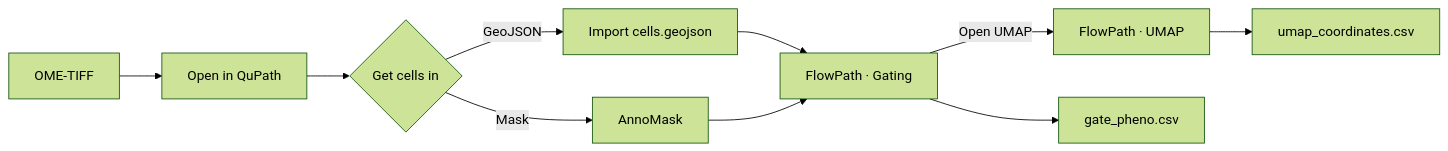
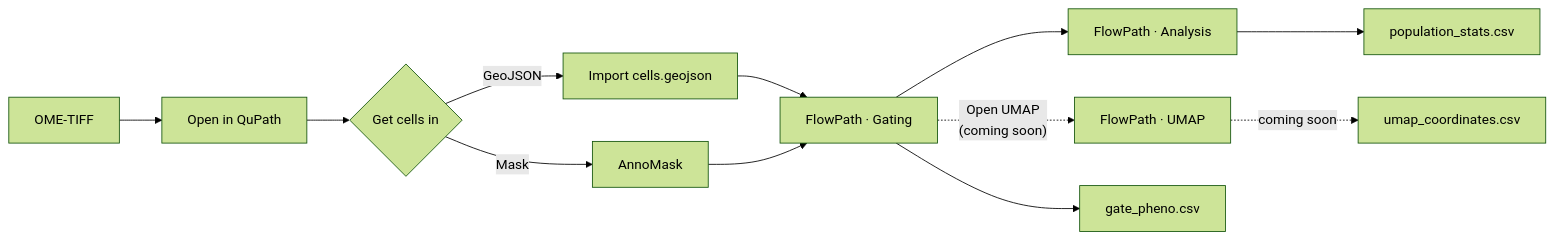
Before and after one commit to sceriff0/flowpath: the diagram in docs/usage.md, drawn with Mermaid (forest theme). The commit also changed other lines of this file and 33 other files, not shown here.

````diff
--- a/docs/usage.md
+++ b/docs/usage.md
@@ -11,12 +13,14 @@
 ```mermaid
 flowchart LR
     A[OME-TIFF] --> Q[Open in QuPath]
     Q --> I{Get cells in}
     I -->|GeoJSON| G1[Import cells.geojson]
     I -->|Mask| AM[AnnoMask]
     G1 --> GT[FlowPath · Gating]
     AM --> GT
-    GT -->|Open UMAP| UM[FlowPath · UMAP]
+    GT --> AN[FlowPath · Analysis]
+    GT -.->|"Open UMAP<br/>(coming soon)"| UM[FlowPath · UMAP]
     GT --> CSV1[gate_pheno.csv]
-    UM --> CSV2[umap_coordinates.csv]
+    AN --> CSV3[population_stats.csv]
+    UM -.->|coming soon| CSV2[umap_coordinates.csv]
 ```
````
